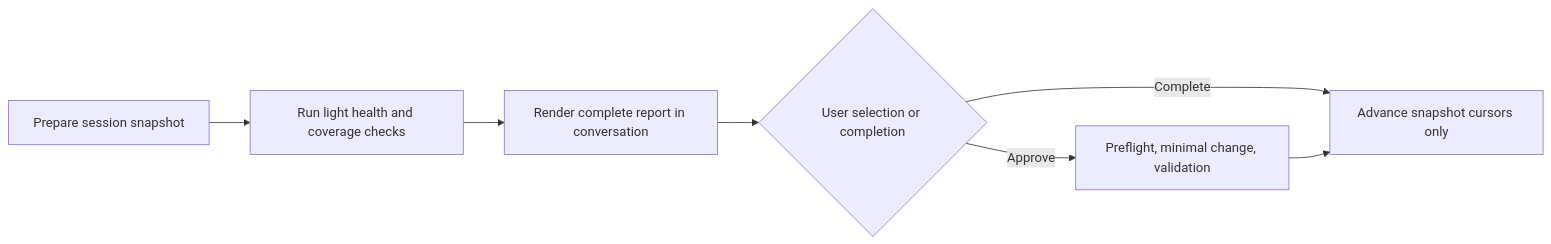
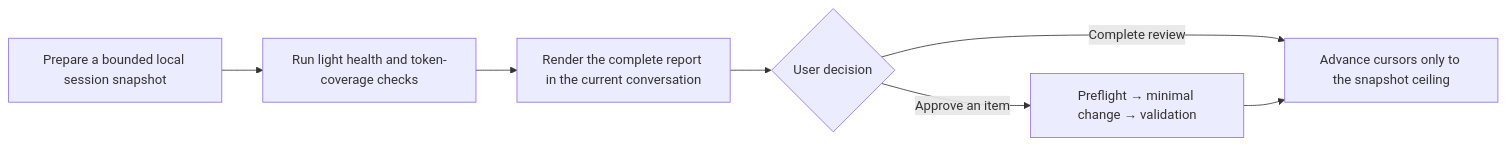
The diagram in README.en.md (JackySummerfield/ai-workspace-improver), drawn with Mermaid before and after one commit. The commit also changed other lines of this file and 1 other file, not shown here.

````diff
--- a/README.en.md
+++ b/README.en.md
@@ -38,9 +83,9 @@
 ```mermaid
 flowchart LR
-  A[Prepare session snapshot] --> B[Run light health and coverage checks]
-  B --> C[Render complete report in conversation]
-  C --> D{User selection or completion}
-  D -->|Approve| E[Preflight, minimal change, validation]
-  D -->|Complete| F[Advance snapshot cursors only]
-  E --> F
+    A["Prepare a bounded local session snapshot"] --> B["Run light health and token-coverage checks"]
+    B --> C["Render the complete report in the current conversation"]
+    C --> D{"User decision"}
+    D -->|"Approve an item"| E["Preflight → minimal change → validation"]
+    D -->|"Complete review"| F["Advance cursors only to the snapshot ceiling"]
+    E --> F
 ```
````
